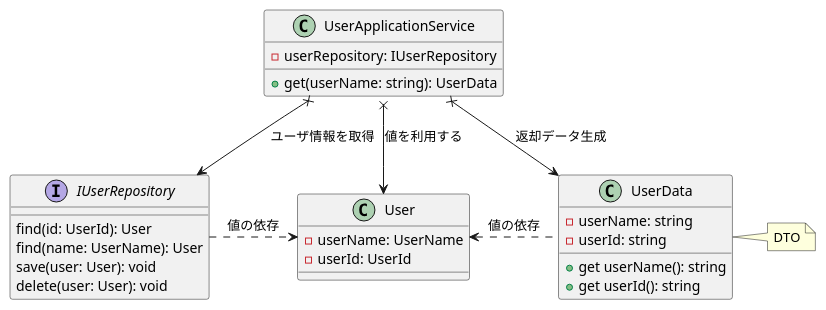
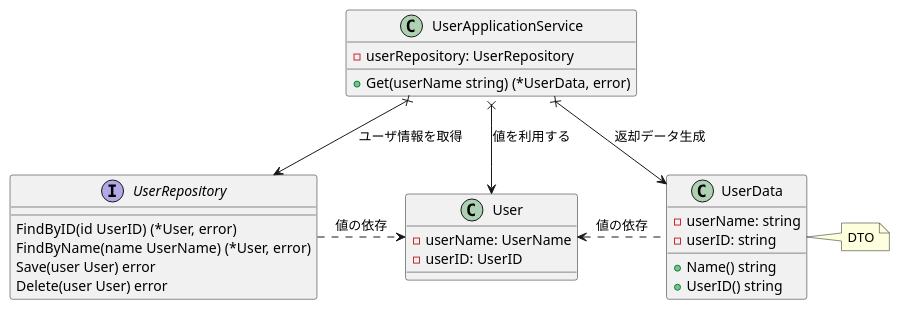
The diagram in diagrams/ch06-get-user.puml (Yuki-TU/ddd), drawn with PlantUML before and after one commit. The commit also changed 40 other files, not shown here.

Commit message:
サンプルと図を Go の慣習に揃え、DDD の説明コメントを残す。

```diff
--- a/diagrams/ch06-get-user.puml
+++ b/diagrams/ch06-get-user.puml
@@ -1,32 +1,32 @@
 @startuml
 UserApplicationService x--> UserData: 返却データ生成
 UserApplicationService x--> User: 値を利用する
-UserApplicationService x--> IUserRepository: ユーザ情報を取得
-IUserRepository .> User: 値の依存
+UserApplicationService x--> UserRepository: ユーザ情報を取得
+UserRepository .> User: 値の依存
 User <. UserData: 値の依存
 
 class User {
   - userName: UserName
-  - userId: UserId
+  - userID: UserID
 }
 class UserData {
   - userName: string
-  - userId: string
-  + get userName(): string
-  + get userId(): string
+  - userID: string
+  + Name() string
+  + UserID() string
 }
 note right
 DTO
 endnote
 
 class UserApplicationService {
-  - userRepository: IUserRepository
-  + get(userName: string): UserData
+  - userRepository: UserRepository
+  + Get(userName string) (*UserData, error)
 }
-interface IUserRepository {
-  find(id: UserId): User
-  find(name: UserName): User
-  save(user: User): void
-  delete(user: User): void
+interface UserRepository {
+  FindByID(id UserID) (*User, error)
+  FindByName(name UserName) (*User, error)
+  Save(user User) error
+  Delete(user User) error
 }
 @enduml
```
